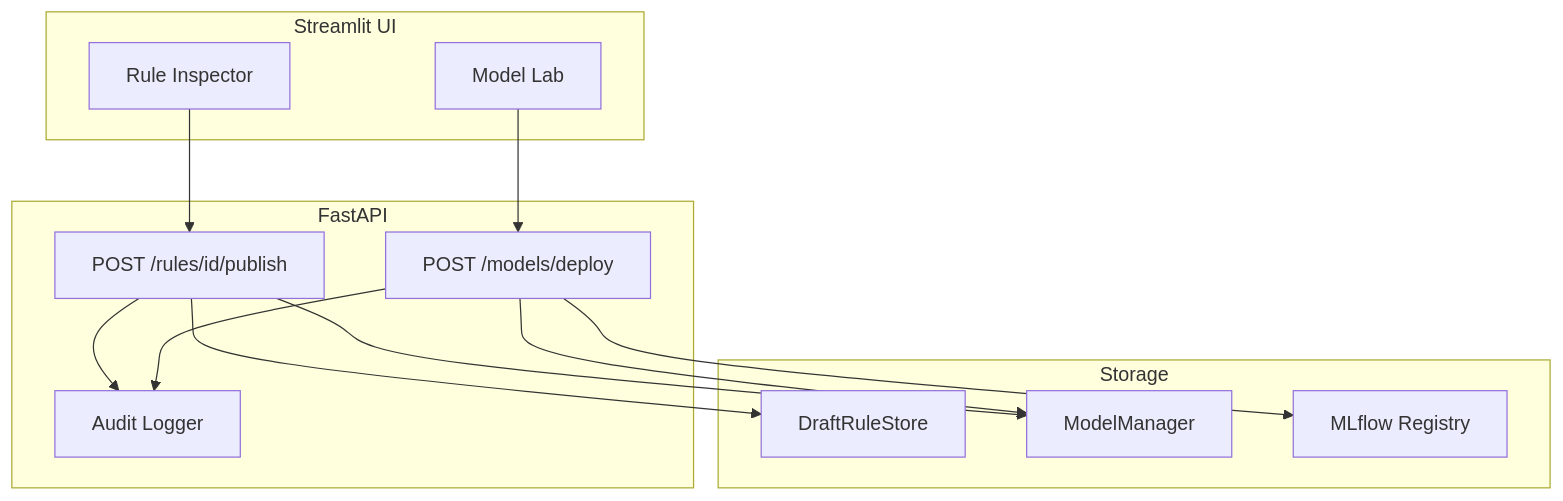
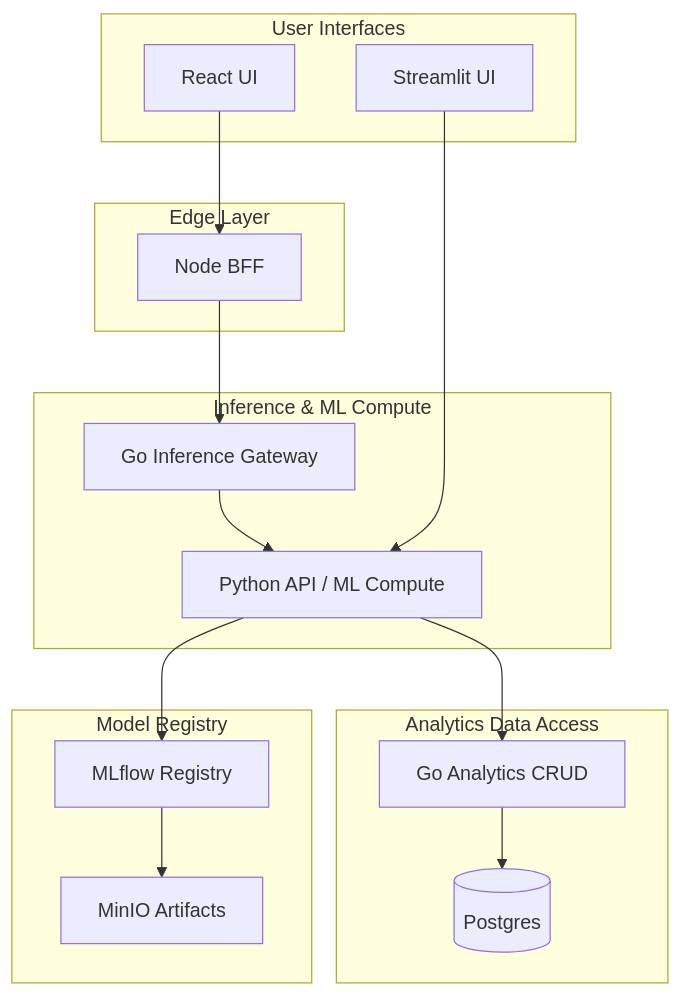
Before and after one commit to jonkmatsumo/label-lag: the first of 3 diagrams in README.md, drawn with Mermaid. The commit also changed other lines of this file, not shown here.

````diff
--- a/README.md
+++ b/README.md
@@ -13,28 +13,30 @@
 ```mermaid
 flowchart TB
-    subgraph UI[Streamlit UI]
-        UI1[Rule Inspector]
-        UI2[Model Lab]
+    subgraph UI[User Interfaces]
+        UI_REACT[React UI]
+        UI_STREAMLIT[Streamlit UI]
     end
 
-    subgraph API[FastAPI]
-        API1[POST /rules/id/publish]
-        API2[POST /models/deploy]
-        API3[Audit Logger]
+    subgraph Edge[Edge Layer]
+        BFF[Node BFF]
     end
 
-    subgraph Storage
-        S1[DraftRuleStore]
-        S2[ModelManager]
-        S3[MLflow Registry]
+    subgraph Inference[Inference & ML Compute]
+        GO_INF[Go Inference Gateway]
+        PY_API[Python API / ML Compute]
     end
 
-    UI1 --> API1
-    UI2 --> API2
-    API1 --> S1
-    API1 --> S2
-    API1 --> API3
-    API2 --> S3
-    API2 --> S2
-    API2 --> API3
+    subgraph Analytics[Analytics Data Access]
+        GO_CRUD[Go Analytics CRUD]
+        DB[(Postgres)]
+    end
+
+    subgraph Registry[Model Registry]
+        MLFLOW[MLflow Registry]
+        MINIO[MinIO Artifacts]
+    end
+
+    UI_REACT --> BFF --> GO_INF --> PY_API --> GO_CRUD --> DB
+    UI_STREAMLIT --> PY_API
+    PY_API --> MLFLOW --> MINIO
 ```
````
